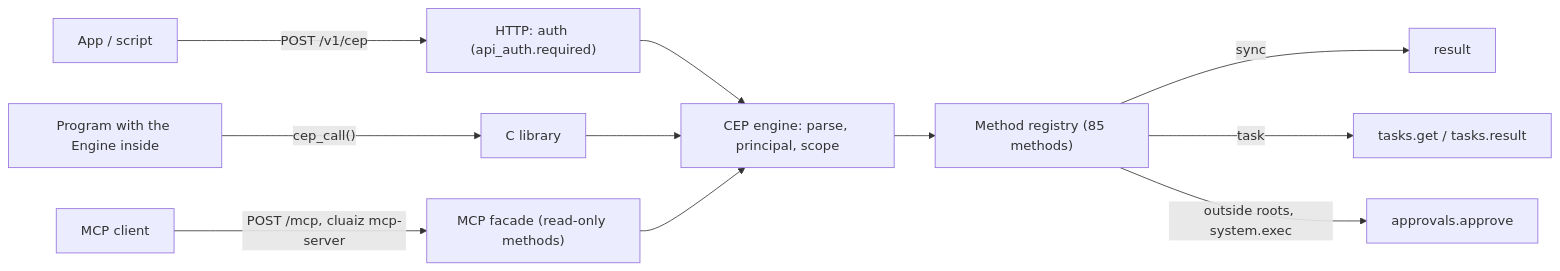
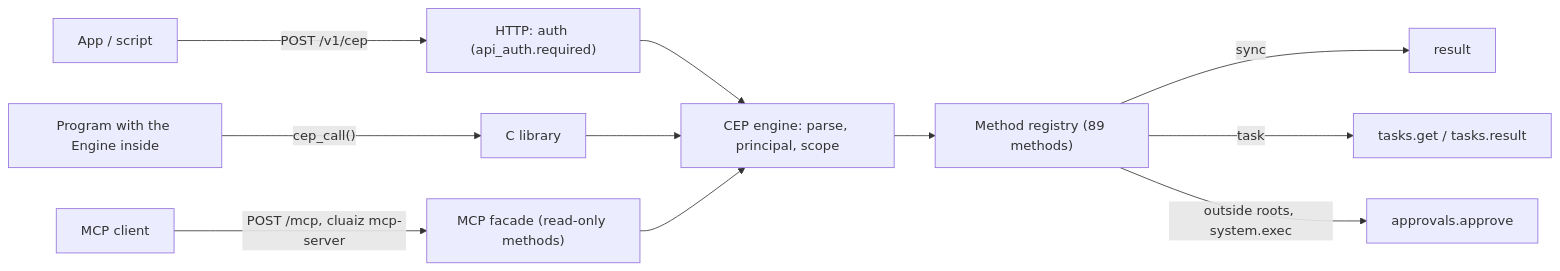
Before and after one commit to cluaiz/cluaiz: the first of 2 diagrams in docs/api/cep/README.md, drawn with Mermaid. The commit also changed 9 other files, not shown here.

````diff
--- a/docs/api/cep/README.md
+++ b/docs/api/cep/README.md
@@ -23,13 +23,13 @@
 ```mermaid
 flowchart LR
     App["App / script"] -->|"POST /v1/cep"| HTTP["HTTP: auth (api_auth.required)"]
     Lib["Program with the Engine inside"] -->|"cep_call()"| FFI["C library"]
     MCPC["MCP client"] -->|"POST /mcp, cluaiz mcp-server"| MCP["MCP facade (read-only methods)"]
     HTTP --> Engine["CEP engine: parse, principal, scope"]
     FFI --> Engine
     MCP --> Engine
-    Engine --> Registry["Method registry (85 methods)"]
+    Engine --> Registry["Method registry (89 methods)"]
     Registry -->|"sync"| Result["result"]
     Registry -->|"task"| Tasks["tasks.get / tasks.result"]
     Registry -->|"outside roots, system.exec"| Approvals["approvals.approve"]
 ```
````
